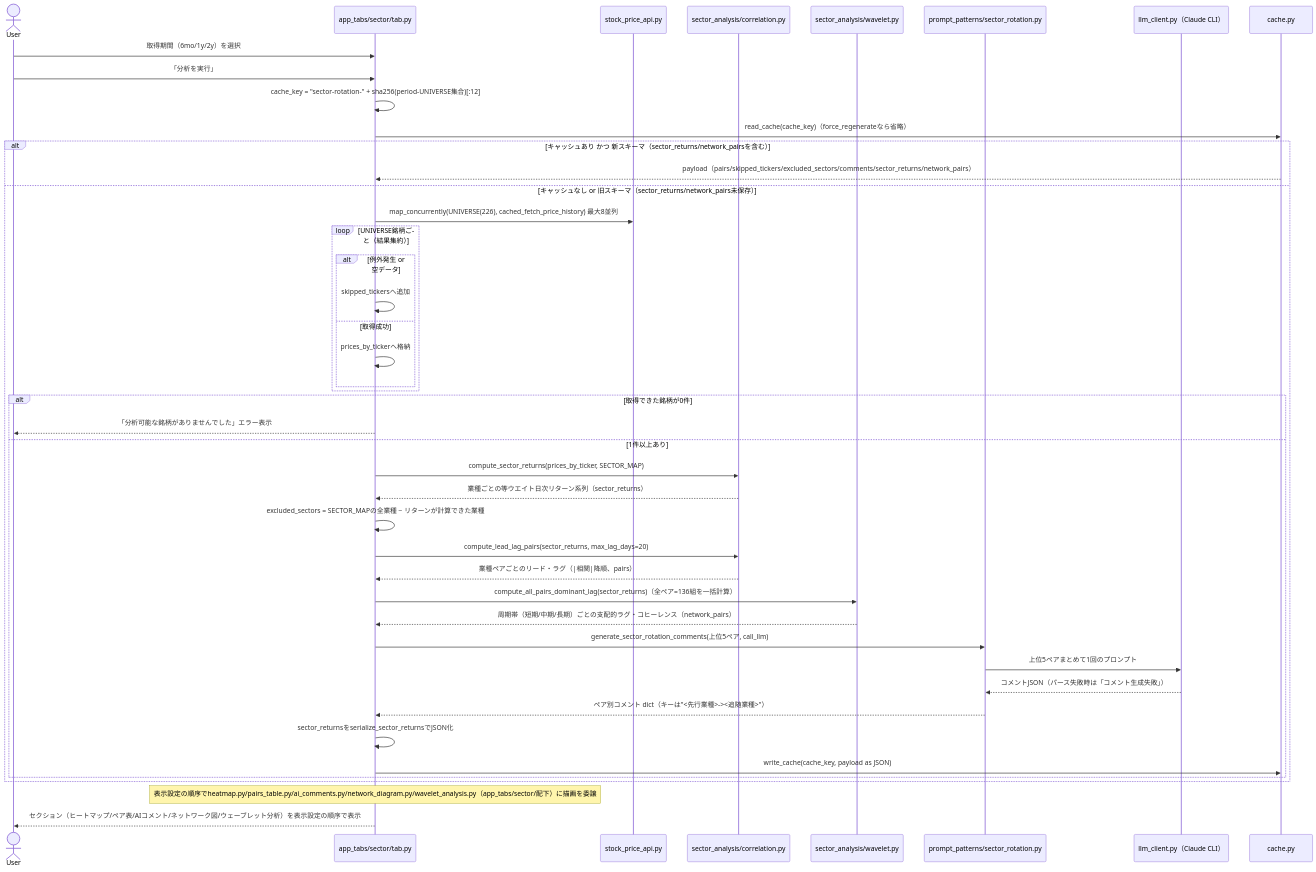
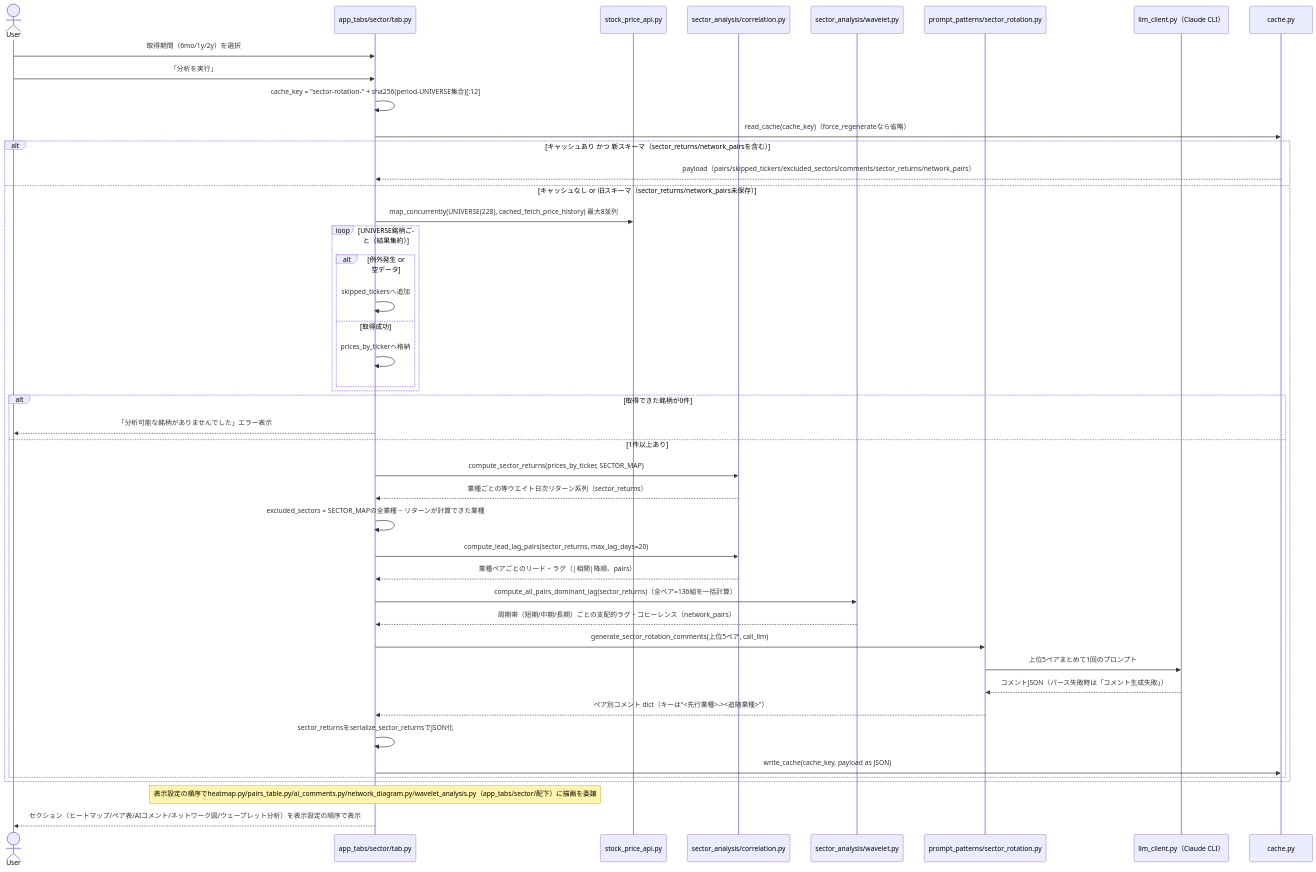
The sixth of 10 diagrams in app/docs/app-design.md (duwenji/ai-stock-investing-tutorial), drawn with Mermaid before and after one commit. The commit also changed other lines of this file, not shown here.

````diff
--- a/app/docs/app-design.md
+++ b/app/docs/app-design.md
@@ -610,47 +612,47 @@
 ```mermaid
 sequenceDiagram
     actor User
     participant UI as app_tabs/sector/tab.py
     participant PriceAPI as stock_price_api.py
     participant Sector as sector_analysis/correlation.py
     participant Wavelet as sector_analysis/wavelet.py
     participant SectorP as prompt_patterns/sector_rotation.py
     participant LLM as llm_client.py（Claude CLI）
     participant Cache as cache.py
 
     User->>UI: 取得期間（6mo/1y/2y）を選択
     User->>UI: 「分析を実行」
     UI->>UI: cache_key = "sector-rotation-" + sha256(period-UNIVERSE集合)[:12]
     UI->>Cache: read_cache(cache_key)（force_regenerateなら省略）
     alt キャッシュあり かつ 新スキーマ（sector_returns/network_pairsを含む）
         Cache-->>UI: payload（pairs/skipped_tickers/excluded_sectors/comments/sector_returns/network_pairs）
     else キャッシュなし or 旧スキーマ（sector_returns/network_pairs未保存）
-        UI->>PriceAPI: map_concurrently(UNIVERSE(226), cached_fetch_price_history) 最大8並列
+        UI->>PriceAPI: map_concurrently(UNIVERSE(228), cached_fetch_price_history) 最大8並列
         loop UNIVERSE銘柄ごと（結果集約）
             alt 例外発生 or 空データ
                 UI->>UI: skipped_tickersへ追加
             else 取得成功
                 UI->>UI: prices_by_tickerへ格納
             end
         end
         alt 取得できた銘柄が0件
             UI-->>User: 「分析可能な銘柄がありませんでした」エラー表示
         else 1件以上あり
             UI->>Sector: compute_sector_returns(prices_by_ticker, SECTOR_MAP)
             Sector-->>UI: 業種ごとの等ウエイト日次リターン系列（sector_returns）
             UI->>UI: excluded_sectors = SECTOR_MAPの全業種 − リターンが計算できた業種
             UI->>Sector: compute_lead_lag_pairs(sector_returns, max_lag_days=20)
             Sector-->>UI: 業種ペアごとのリード・ラグ（|相関|降順、pairs）
             UI->>Wavelet: compute_all_pairs_dominant_lag(sector_returns)（全ペア=136組を一括計算）
             Wavelet-->>UI: 周期帯（短期/中期/長期）ごとの支配的ラグ・コヒーレンス（network_pairs）
             UI->>SectorP: generate_sector_rotation_comments(上位5ペア, call_llm)
             SectorP->>LLM: 上位5ペアまとめて1回のプロンプト
             LLM-->>SectorP: コメントJSON（パース失敗時は「コメント生成失敗」）
             SectorP-->>UI: ペア別コメント dict（キーは"<先行業種>-><追随業種>"）
             UI->>UI: sector_returnsをserialize_sector_returnsでJSON化
             UI->>Cache: write_cache(cache_key, payload as JSON)
         end
     end
     Note over UI: 表示設定の順序でheatmap.py/pairs_table.py/ai_comments.py/network_diagram.py/wavelet_analysis.py（app_tabs/sector/配下）に描画を委譲
     UI-->>User: セクション（ヒートマップ/ペア表/AIコメント/ネットワーク図/ウェーブレット分析）を表示設定の順序で表示
 ```
````
